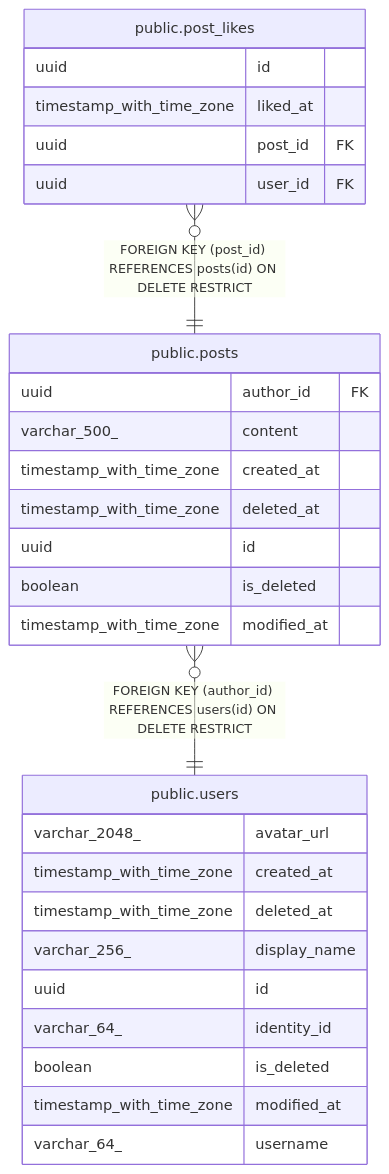
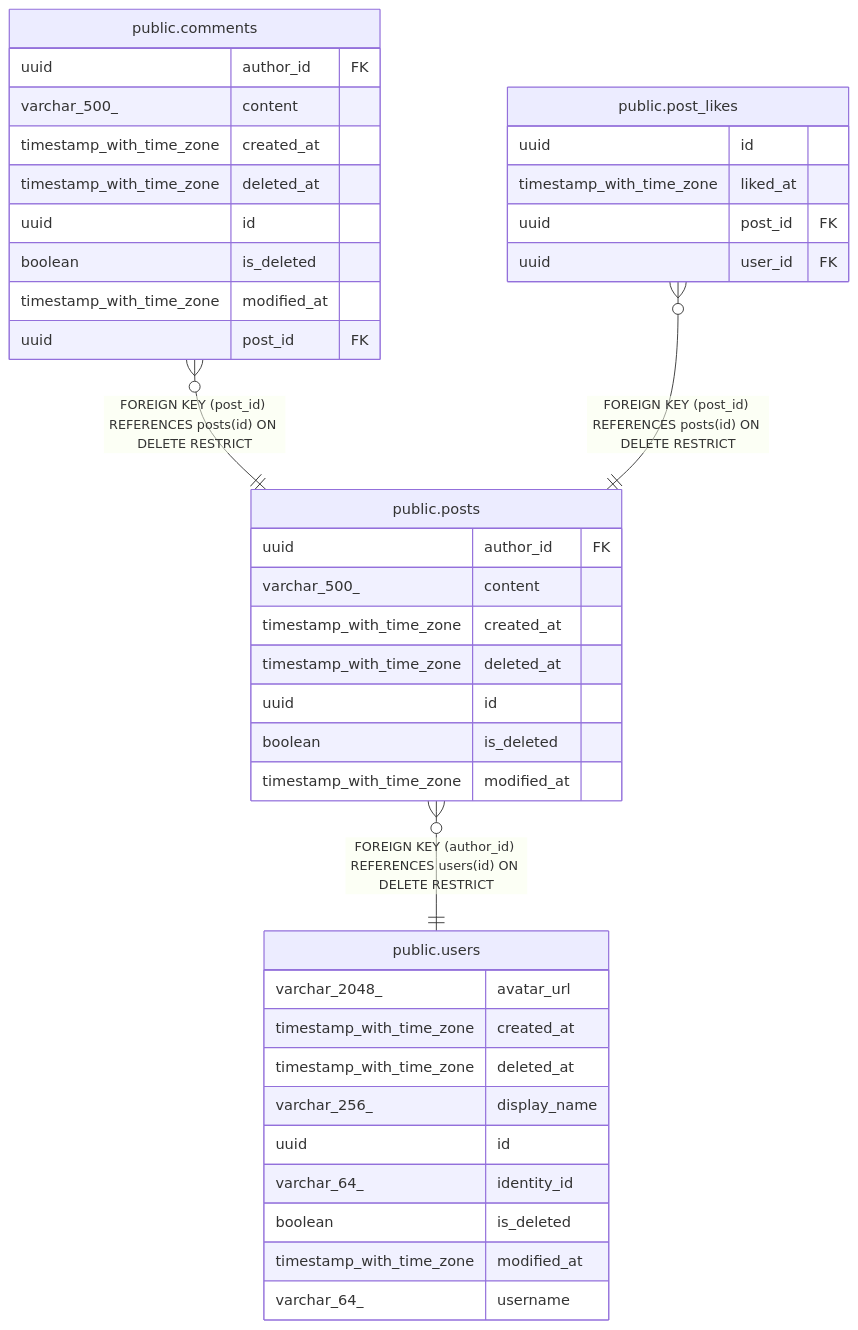
One commit to trduc2712/choco-api changed the diagram in docs/database/public.posts.md. Above: the diagram before and after it, drawn with Mermaid. The commit also changed other lines of this file and 43 other files, not shown here.

First line of the commit message:
feat: add comments on posts

````diff
--- a/docs/database/public.posts.md
+++ b/docs/database/public.posts.md
@@ -41,33 +41,44 @@
 ```mermaid
 erDiagram
 
 "public.posts" }o--|| "public.users" : "FOREIGN KEY (author_id) REFERENCES users(id) ON DELETE RESTRICT"
+"public.comments" }o--|| "public.posts" : "FOREIGN KEY (post_id) REFERENCES posts(id) ON DELETE RESTRICT"
 "public.post_likes" }o--|| "public.posts" : "FOREIGN KEY (post_id) REFERENCES posts(id) ON DELETE RESTRICT"
 
 "public.posts" {
   uuid author_id FK
   varchar_500_ content
   timestamp_with_time_zone created_at
   timestamp_with_time_zone deleted_at
   uuid id
   boolean is_deleted
   timestamp_with_time_zone modified_at
 }
 "public.users" {
   varchar_2048_ avatar_url
   timestamp_with_time_zone created_at
   timestamp_with_time_zone deleted_at
   varchar_256_ display_name
   uuid id
   varchar_64_ identity_id
   boolean is_deleted
   timestamp_with_time_zone modified_at
   varchar_64_ username
 }
+"public.comments" {
+  uuid author_id FK
+  varchar_500_ content
+  timestamp_with_time_zone created_at
+  timestamp_with_time_zone deleted_at
+  uuid id
+  boolean is_deleted
+  timestamp_with_time_zone modified_at
+  uuid post_id FK
+}
 "public.post_likes" {
   uuid id
   timestamp_with_time_zone liked_at
   uuid post_id FK
   uuid user_id FK
 }
 ```
````
